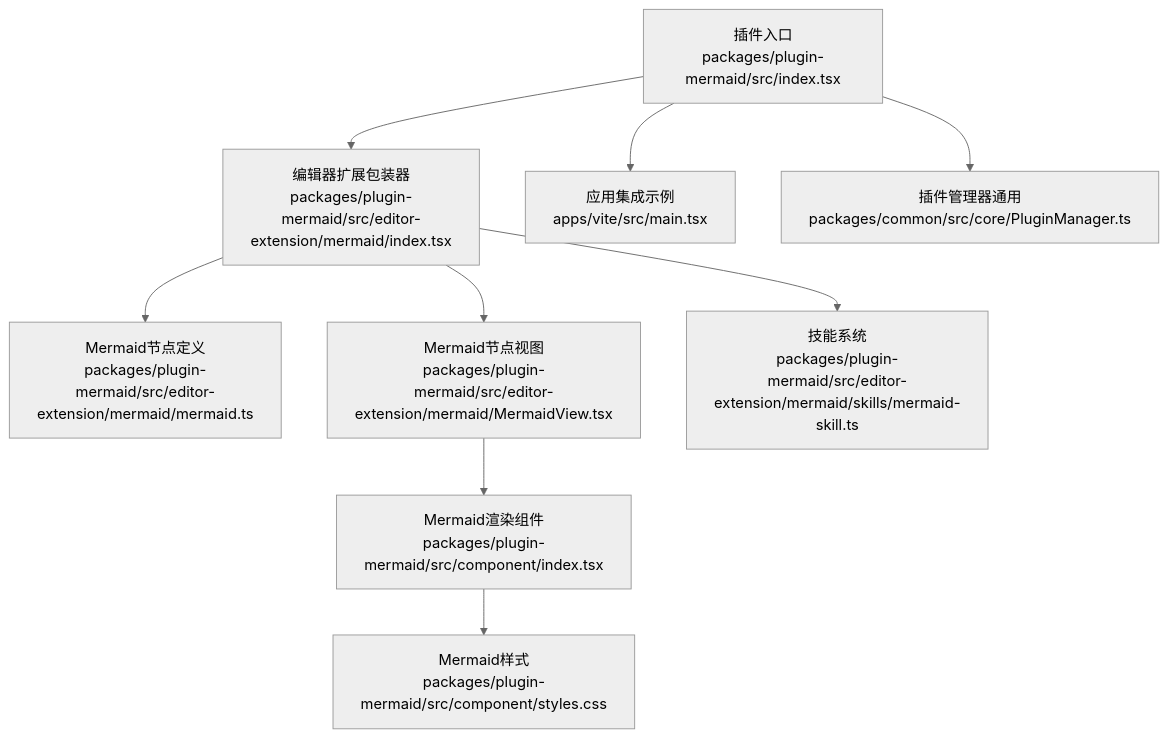
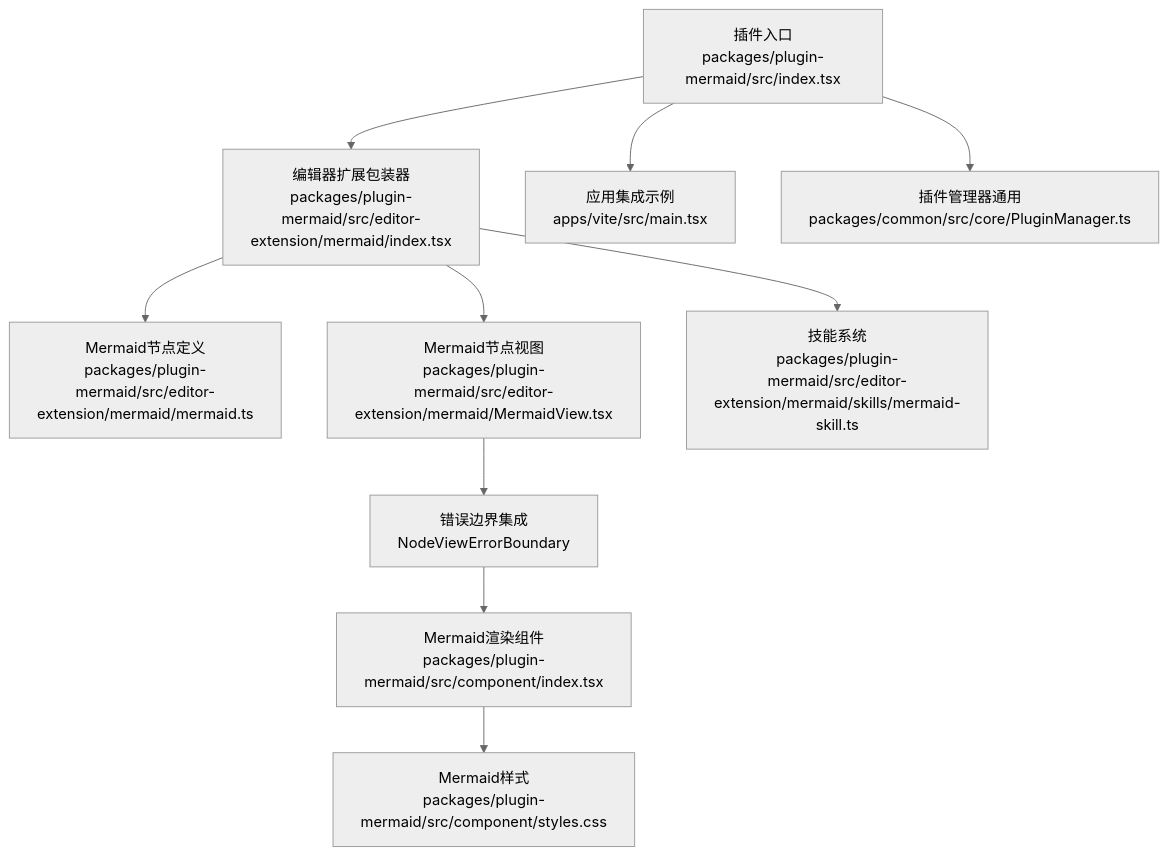
The first of 9 diagrams in .qoder/repowiki/zh/content/功能模块/绘图插件/Mermaid图表插件.md (LRF0422/Kotion), drawn with Mermaid (neutral theme) before and after one commit. The commit also changed other lines of this file and 14 other files, not shown here.

````diff
--- a/.qoder/repowiki/zh/content/功能模块/绘图插件/Mermaid图表插件.md
+++ b/.qoder/repowiki/zh/content/功能模块/绘图插件/Mermaid图表插件.md
@@ -50,11 +56,12 @@
 ```mermaid
 graph TB
 A["插件入口<br/>packages/plugin-mermaid/src/index.tsx"] --> B["编辑器扩展包装器<br/>packages/plugin-mermaid/src/editor-extension/mermaid/index.tsx"]
 B --> C["Mermaid节点定义<br/>packages/plugin-mermaid/src/editor-extension/mermaid/mermaid.ts"]
 B --> D["Mermaid节点视图<br/>packages/plugin-mermaid/src/editor-extension/mermaid/MermaidView.tsx"]
 B --> E["技能系统<br/>packages/plugin-mermaid/src/editor-extension/mermaid/skills/mermaid-skill.ts"]
-D --> F["Mermaid渲染组件<br/>packages/plugin-mermaid/src/component/index.tsx"]
-F --> G["Mermaid样式<br/>packages/plugin-mermaid/src/component/styles.css"]
-A --> H["应用集成示例<br/>apps/vite/src/main.tsx"]
-A --> I["插件管理器通用<br/>packages/common/src/core/PluginManager.ts"]
+D --> F["错误边界集成<br/>NodeViewErrorBoundary"]
+F --> G["Mermaid渲染组件<br/>packages/plugin-mermaid/src/component/index.tsx"]
+G --> H["Mermaid样式<br/>packages/plugin-mermaid/src/component/styles.css"]
+A --> I["应用集成示例<br/>apps/vite/src/main.tsx"]
+A --> J["插件管理器通用<br/>packages/common/src/core/PluginManager.ts"]
 ```
````
